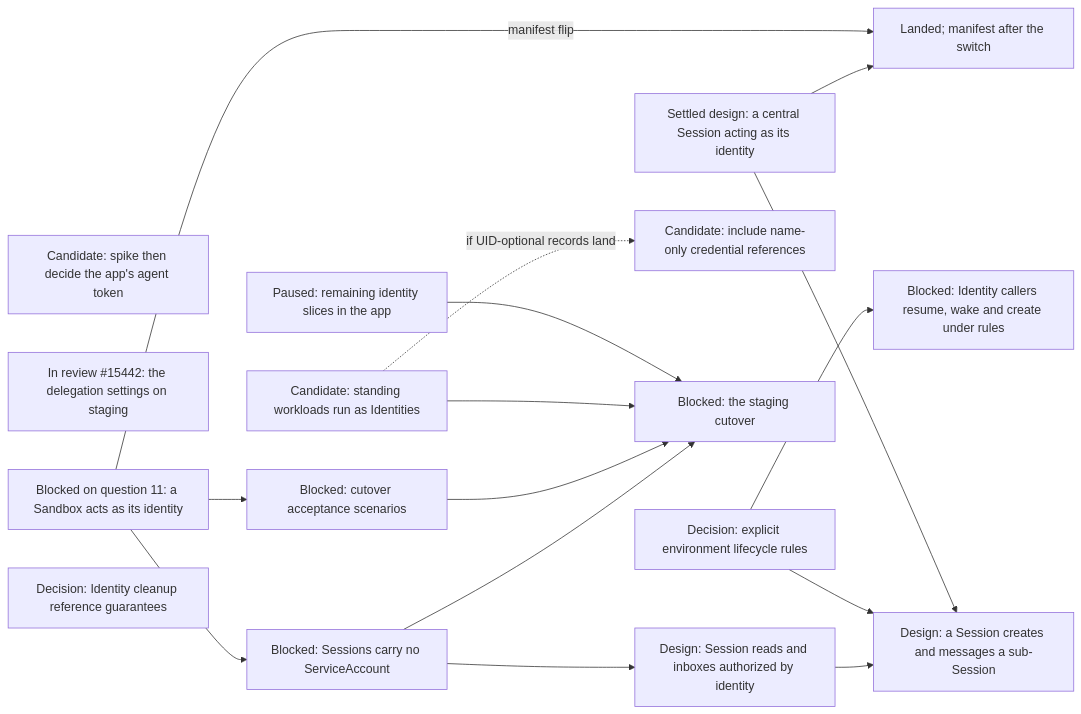
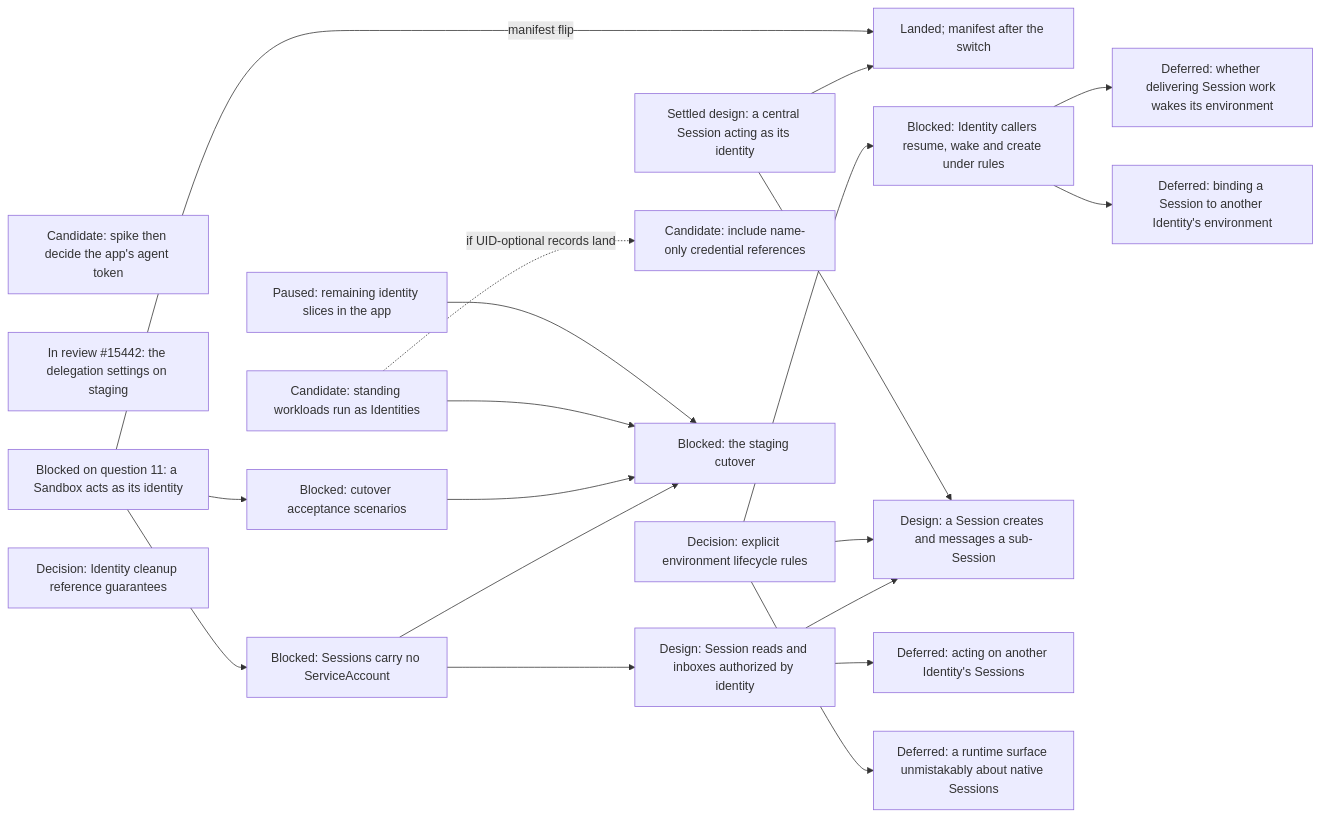
Before and after one commit to agentydragon/ducktape: diagram 16 of 18 in agentplane/plans/task_dag.md, drawn with Mermaid. The commit also changed other lines of this file and 3 other files, not shown here.

````diff
--- a/agentplane/plans/task_dag.md
+++ b/agentplane/plans/task_dag.md
@@ -3131,30 +3131,34 @@
 ```mermaid
 flowchart LR
     APP_AGENT_TOKEN_DECISION[Candidate: spike then decide the app's agent token]
     SERVICES_IDENTITY_PRINCIPAL[In review #15442: the delegation settings on staging]
     CENTRAL_SESSION_ACTING_DESIGN[Settled design: a central Session acting as its identity]
     CENTRAL_SESSION_DELEGATED_ACTING[Landed; manifest after the switch]
     CENTRAL_SESSION_ACTING_DESIGN --> CENTRAL_SESSION_DELEGATED_ACTING
     SANDBOX_IDENTITY_SPEC -->|manifest flip| CENTRAL_SESSION_DELEGATED_ACTING
     STANDING_WORKLOAD_IDENTITY[Candidate: standing workloads run as Identities]
     ENVIRONMENT_RULE_TYPE_DESIGN[Decision: explicit environment lifecycle rules]
     ENVIRONMENT_LIFECYCLE_RULES[Blocked: Identity callers resume, wake and create under rules]
     ENVIRONMENT_RULE_TYPE_DESIGN --> ENVIRONMENT_LIFECYCLE_RULES
     APP_IDENTITIES_UI[Paused: remaining identity slices in the app]
     IDENTITY_CLEANUP_REFERENCE_DECISION[Decision: Identity cleanup reference guarantees]
     IDENTITY_DELETE_CREDENTIAL_GUARD[Candidate: include name-only credential references]
     STANDING_WORKLOAD_IDENTITY -. if UID-optional records land .-> IDENTITY_DELETE_CREDENTIAL_GUARD
     SANDBOX_IDENTITY_SPEC[Blocked on question 11: a Sandbox acts as its identity]
     SANDBOX_IDENTITY_SPEC --> IDENTITY_SYSTEM_TESTS[Blocked: cutover acceptance scenarios]
     SANDBOX_IDENTITY_SPEC --> SESSION_SA_PRINCIPAL_REMOVAL[Blocked: Sessions carry no ServiceAccount]
     SESSION_SA_PRINCIPAL_REMOVAL --> IDENTITY_CUTOVER
     SESSION_SA_PRINCIPAL_REMOVAL --> SESSION_IDENTITY_AUTHZ
     SESSION_SUBAGENT_DELEGATION[Design: a Session creates and messages a sub-Session]
     SESSION_IDENTITY_AUTHZ --> SESSION_SUBAGENT_DELEGATION
     ENVIRONMENT_RULE_TYPE_DESIGN --> SESSION_SUBAGENT_DELEGATION
     CENTRAL_SESSION_ACTING_DESIGN --> SESSION_SUBAGENT_DELEGATION
     IDENTITY_SYSTEM_TESTS --> IDENTITY_CUTOVER[Blocked: the staging cutover]
     STANDING_WORKLOAD_IDENTITY --> IDENTITY_CUTOVER
     APP_IDENTITIES_UI --> IDENTITY_CUTOVER
     SESSION_IDENTITY_AUTHZ[Design: Session reads and inboxes authorized by identity]
+    SESSION_IDENTITY_AUTHZ --> SESSION_CROSS_IDENTITY_AUTHORITY[Deferred: acting on another Identity's Sessions]
+    ENVIRONMENT_RULE_TYPE_DESIGN --> ENVIRONMENT_RUNTIME_NATIVE_SURFACE[Deferred: a runtime surface unmistakably about native Sessions]
+    ENVIRONMENT_LIFECYCLE_RULES --> WAKE_ON_DELIVERY_DESIGN[Deferred: whether delivering Session work wakes its environment]
+    ENVIRONMENT_LIFECYCLE_RULES --> CROSS_IDENTITY_SESSION_BINDING[Deferred: binding a Session to another Identity's environment]
 ```
````
